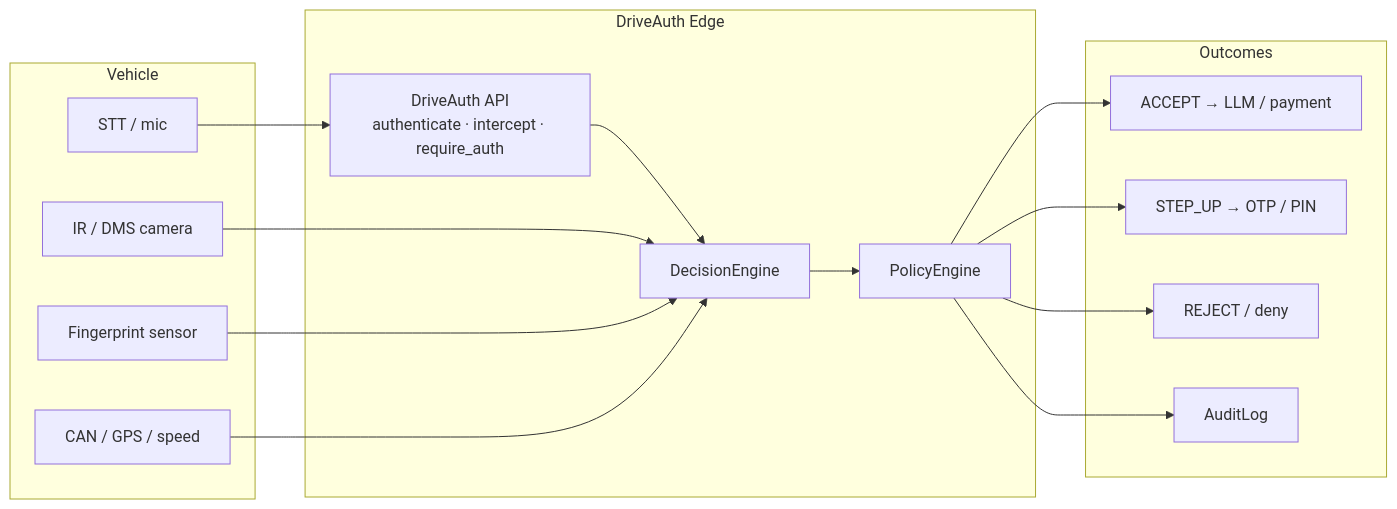
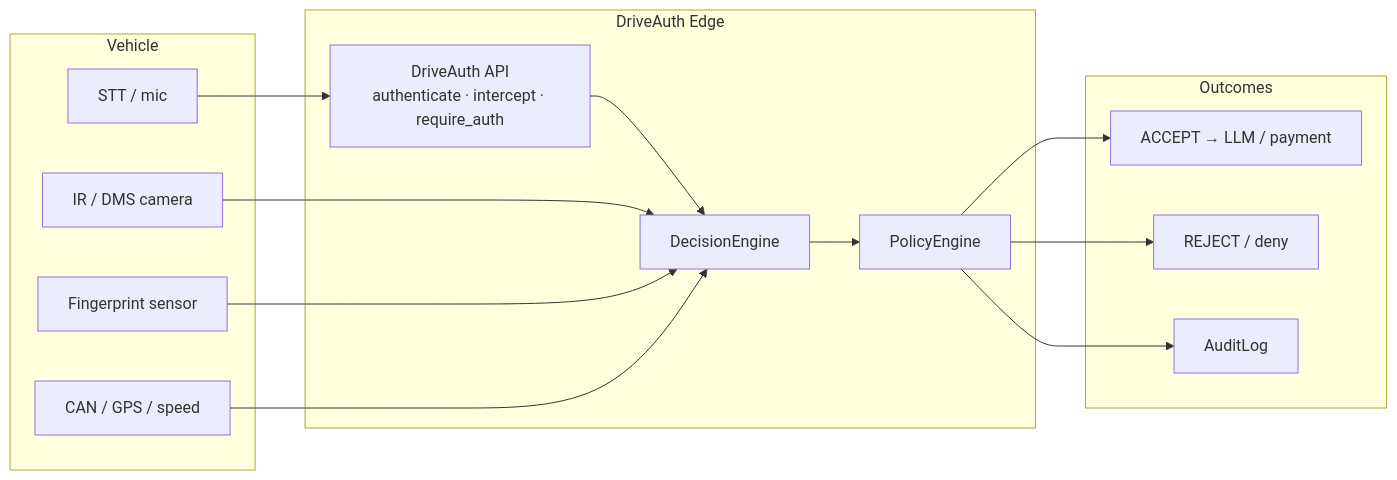
The second of 8 diagrams in README.md (couder-04/Drive_auth_edge), drawn with Mermaid before and after one commit. The commit also changed other lines of this file and 269 other files, not shown here.

````diff
--- a/README.md
+++ b/README.md
@@ -86,32 +87,30 @@
 ```mermaid
 flowchart LR
   subgraph Vehicle
     STT[STT / mic]
     IR[IR / DMS camera]
     FP[Fingerprint sensor]
     CAN[CAN / GPS / speed]
   end
 
   subgraph Edge["DriveAuth Edge"]
     API["DriveAuth API\nauthenticate · intercept · require_auth"]
     ENG[DecisionEngine]
     POL[PolicyEngine]
     API --> ENG --> POL
   end
 
   subgraph Outcomes
     OK[ACCEPT → LLM / payment]
-    SU[STEP_UP → OTP / PIN]
     NO[REJECT / deny]
     AUD[AuditLog]
   end
 
   STT --> API
   IR --> ENG
   FP --> ENG
   CAN --> ENG
   POL --> OK
-  POL --> SU
   POL --> NO
   POL --> AUD
 ```
````
